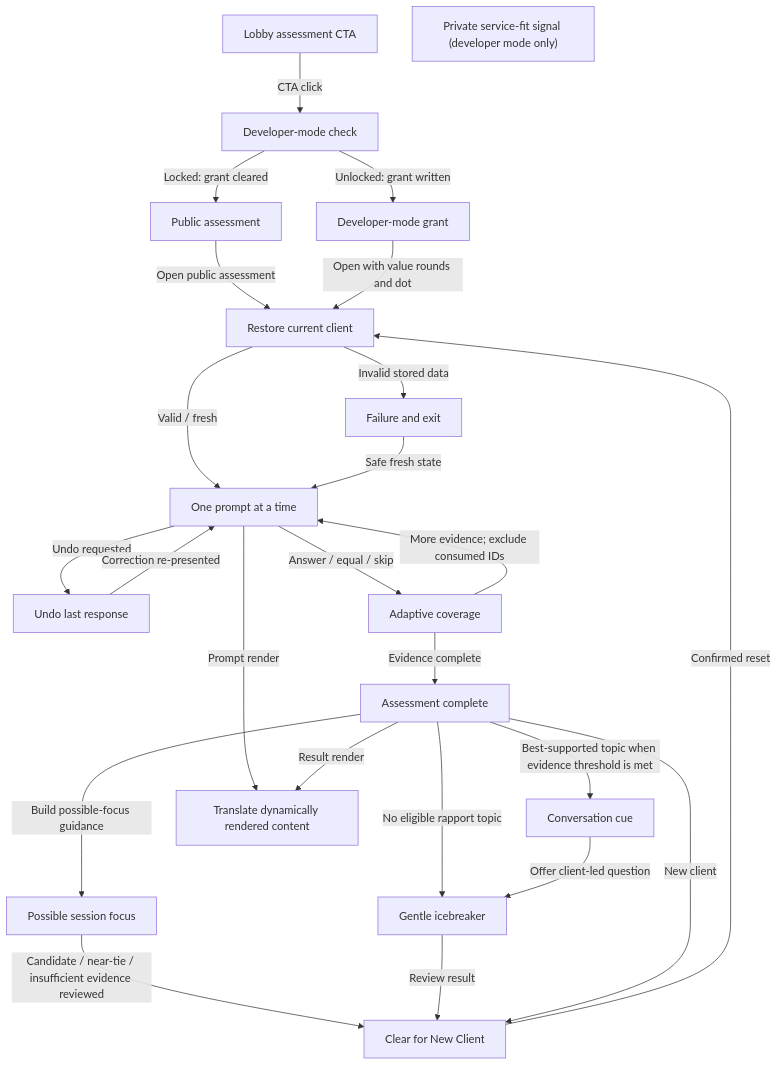
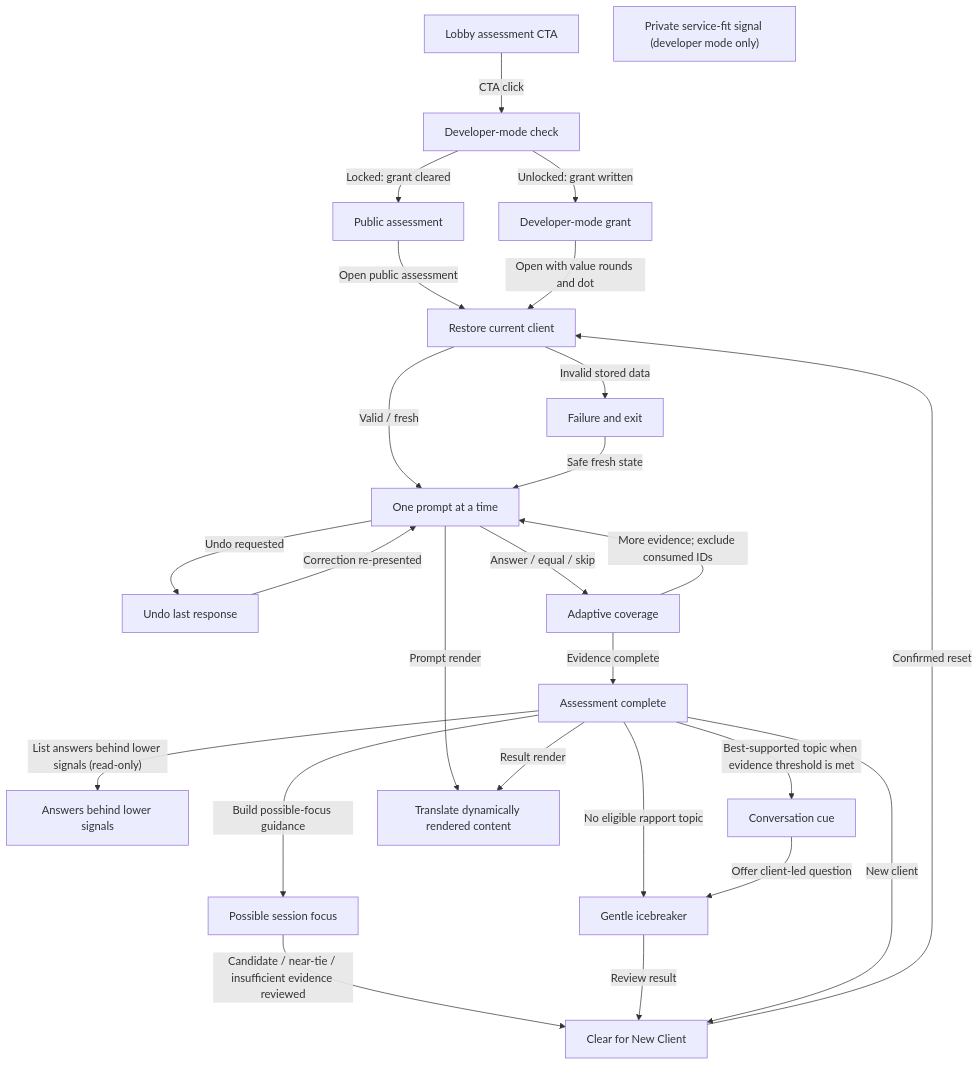
Before and after one commit to missionode/lite: diagram 53 of 55 in docs/app-map/FLOW-REFERENCE.md, drawn with Mermaid. The commit also changed other lines of this file and 20 other files, not shown here.

First line of the commit message:
feat(assessment): read-only answers behind lower signals; refresh docs

````diff
--- a/docs/app-map/FLOW-REFERENCE.md
+++ b/docs/app-map/FLOW-REFERENCE.md
@@ -2453,42 +2453,44 @@
 ```mermaid
 flowchart TD
   entry["Lobby assessment CTA"]
   gate["Developer-mode check"]
   locked["Public assessment"]
   handoff["Developer-mode grant"]
   restore["Restore current client"]
   interview["One prompt at a time"]
   undo["Undo last response"]
   coverage["Adaptive coverage"]
   result["Assessment complete"]
   focus["Possible session focus"]
+  review["Answers behind lower signals"]
   rapport["Conversation cue"]
   icebreaker["Gentle icebreaker"]
   dot["Private service-fit signal (developer mode only)"]
   clear["Clear for New Client"]
   translate["Translate dynamically rendered content"]
   failure["Failure and exit"]
   entry -->|"CTA click"| gate
   gate -->|"Unlocked: grant written"| handoff
   gate -->|"Locked: grant cleared"| locked
   locked -->|"Open public assessment"| restore
   handoff -->|"Open with value rounds and dot"| restore
   restore -->|"Valid / fresh"| interview
   interview -->|"Answer / equal / skip"| coverage
   interview -->|"Undo requested"| undo
   undo -->|"Correction re-presented"| interview
   coverage -->|"More evidence; exclude consumed IDs"| interview
   coverage -->|"Evidence complete"| result
   result -->|"Build possible-focus guidance"| focus
+  result -->|"List answers behind lower signals (read-only)"| review
   focus -->|"Candidate / near-tie / insufficient evidence reviewed"| clear
   result -->|"Best-supported topic when evidence threshold is met"| rapport
   result -->|"No eligible rapport topic"| icebreaker
   rapport -->|"Offer client-led question"| icebreaker
   icebreaker -->|"Review result"| clear
   result -->|"New client"| clear
   clear -->|"Confirmed reset"| restore
   interview -->|"Prompt render"| translate
   result -->|"Result render"| translate
   restore -->|"Invalid stored data"| failure
   failure -->|"Safe fresh state"| interview
 ```
````
